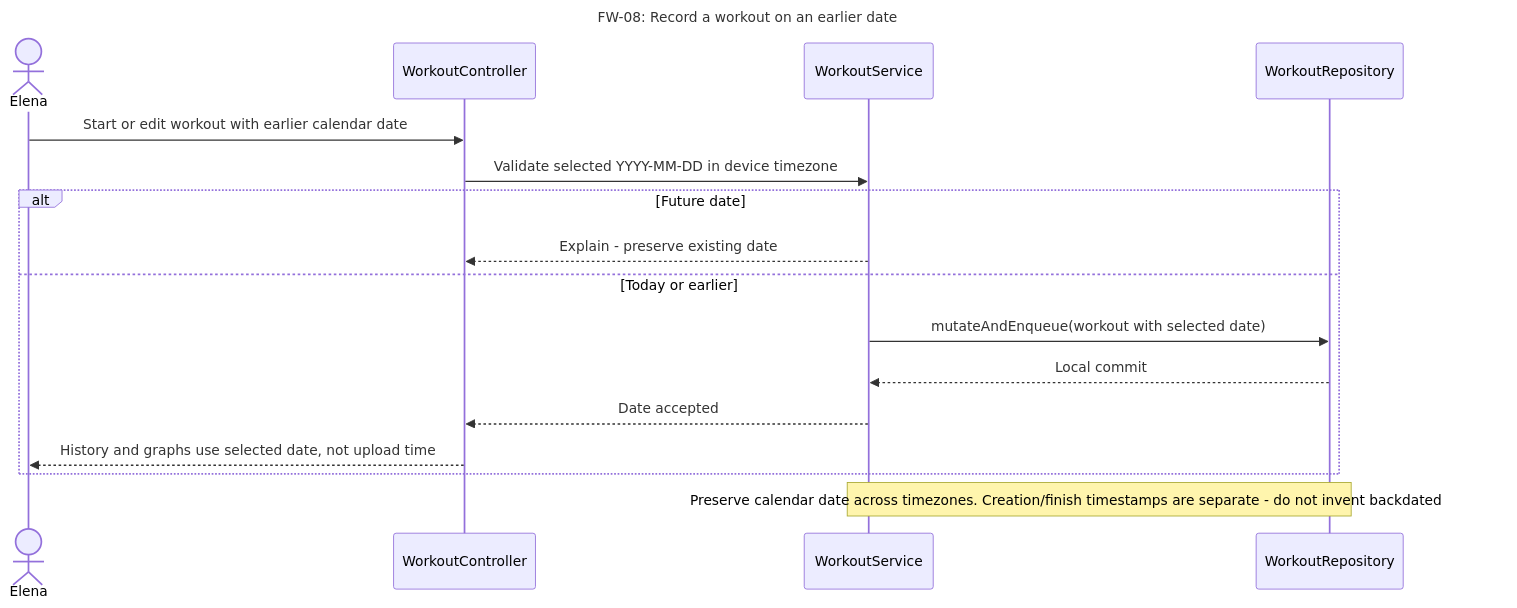
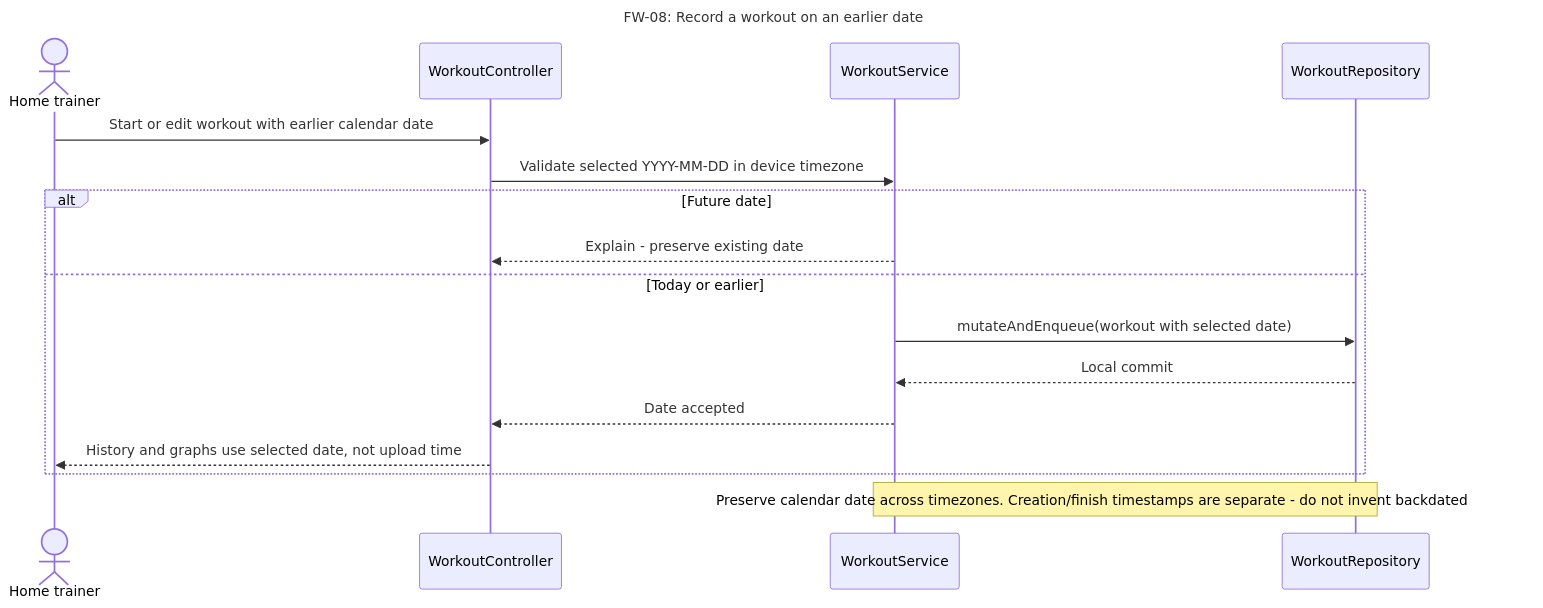
Diagram 19 of 42 in docs/part2/design/README.md (SebasLopez2005/SWEProject1), drawn with Mermaid before and after one commit. The commit also changed other lines of this file and 43 other files, not shown here.

Commit message:
Align fitness diagrams with revised professor-reviewed report

````diff
--- a/docs/part2/design/README.md
+++ b/docs/part2/design/README.md
@@ -1175,19 +1177,19 @@
 ```mermaid
 sequenceDiagram
     title FW-08: Record a workout on an earlier date
-    actor U as Elena
+    actor U as Home trainer
     participant C as WorkoutController
     participant S as WorkoutService
     participant R as WorkoutRepository
     U->>C: Start or edit workout with earlier calendar date
     C->>S: Validate selected YYYY-MM-DD in device timezone
     alt Future date
      S-->>C: Explain -  preserve existing date
     else Today or earlier
      S->>R: mutateAndEnqueue(workout with selected date)
      R-->>S: Local commit
      S-->>C: Date accepted
      C-->>U: History and graphs use selected date, not upload time
     end
     Note over S,R: Preserve calendar date across timezones. Creation/finish timestamps are separate -  do not invent backdated duration.
 ```
````
